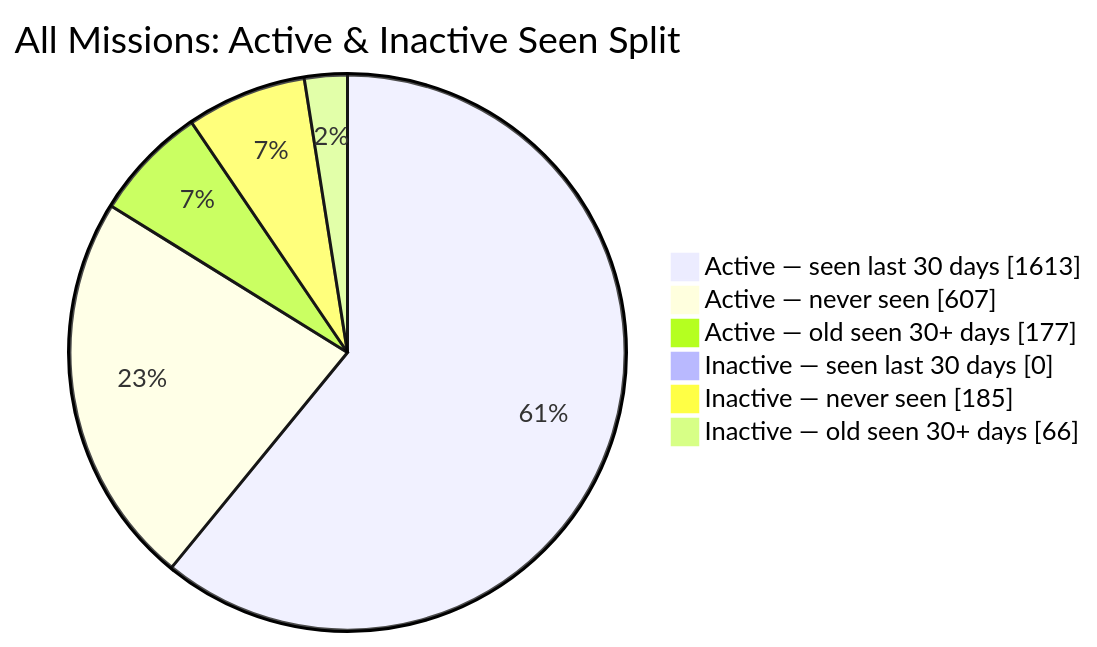
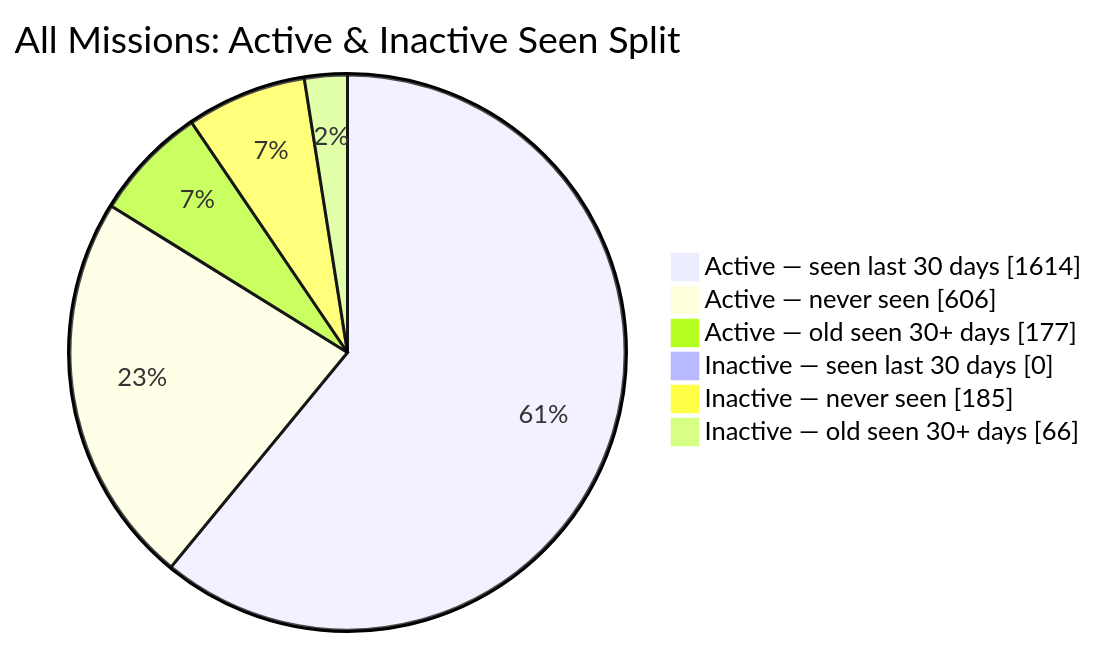
Before and after one commit to MeldkamerspelGameTeam/active-missions: the second of 2 diagrams in README.md, drawn with Mermaid. The commit also changed other lines of this file and 2 other files, not shown here.

````diff
--- a/README.md
+++ b/README.md
@@ -44,10 +44,10 @@
 ```mermaid
 pie showData
     title All Missions: Active & Inactive Seen Split
-    "Active — seen last 30 days" : 1613
-    "Active — never seen" : 607
+    "Active — seen last 30 days" : 1614
+    "Active — never seen" : 606
     "Active — old seen 30+ days" : 177
     "Inactive — seen last 30 days" : 0
     "Inactive — never seen" : 185
     "Inactive — old seen 30+ days" : 66
 ```
````
